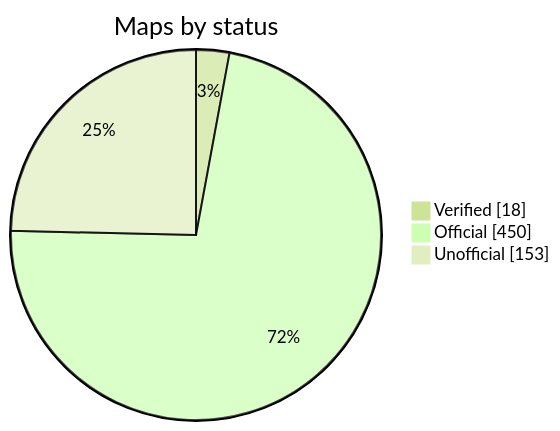
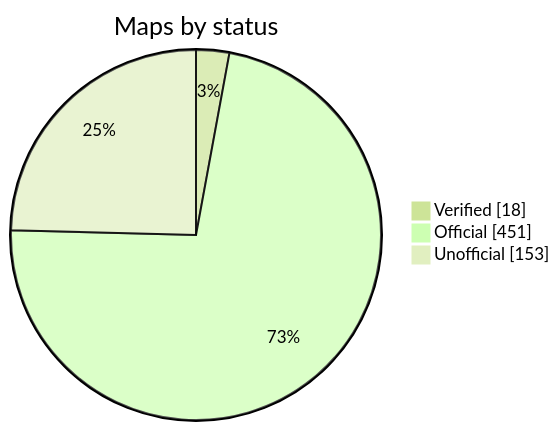
One commit to nobrega8/mbmap-library changed the diagram in README.md. Above: the diagram before and after it, drawn with Mermaid (forest theme). The commit also changed 6 other files, not shown here.

````diff
--- a/README.md
+++ b/README.md
@@ -52,7 +52,7 @@
 ```mermaid
 pie showData
     title Maps by status
     "Verified" : 18
-    "Official" : 450
+    "Official" : 451
     "Unofficial" : 153
 ```
````
